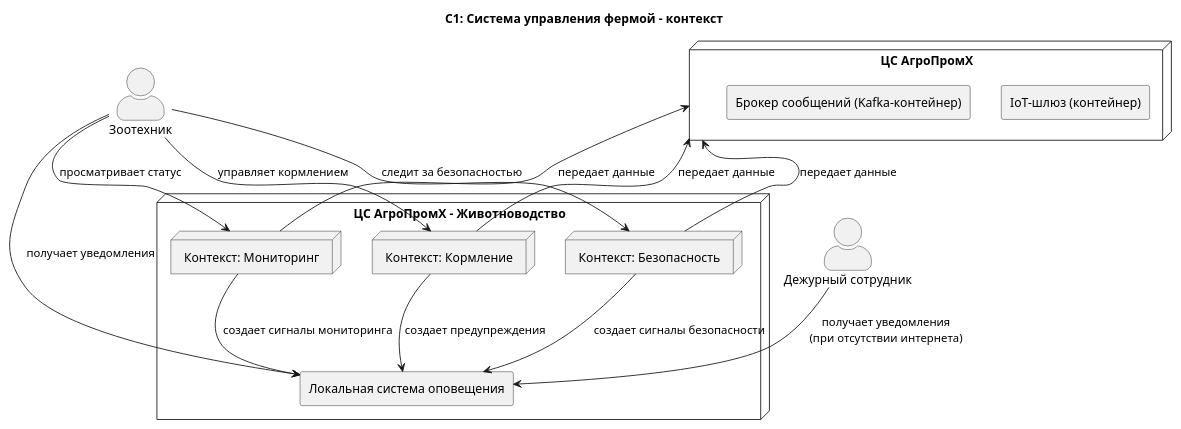
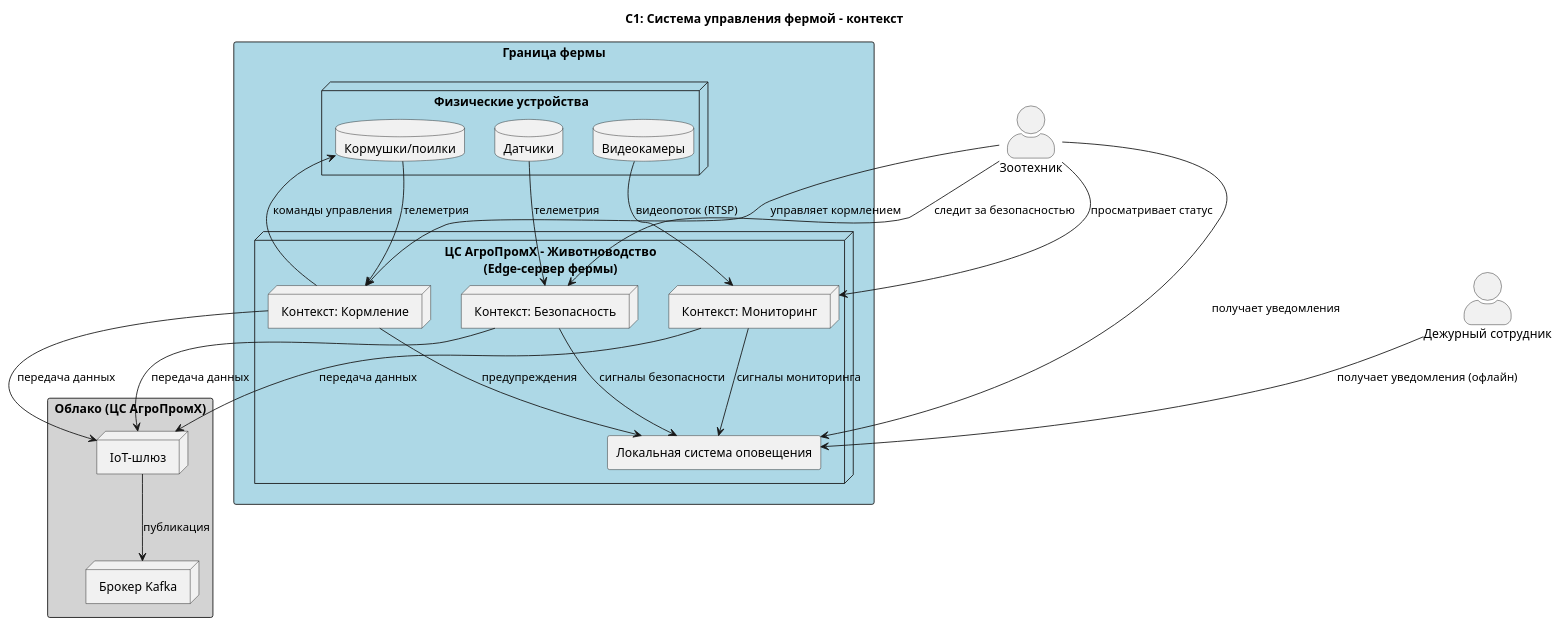
The first of 2 diagrams in Task1/adr.md (sdilman/MSA-AgroTech), drawn with PlantUML before and after one commit. The commit also changed other lines of this file, not shown here.

````diff
--- a/Task1/adr.md
+++ b/Task1/adr.md
@@ -33,39 +39,59 @@
 ```plantuml
 @startuml C1_Context
 skinparam shadowing false
 skinparam componentStyle rectangle
 skinparam actorStyle awesome
 title C1: Система управления фермой - контекст
 
 actor "Зоотехник" as Zootech
 actor "Дежурный сотрудник" as LocalOperator
 
-node "ЦС АгроПромХ" as AgroPromCS {
-  component "IoT-шлюз (контейнер)" as IoTGateway
-  component "Брокер сообщений (Kafka-контейнер)" as KafkaBroker
+rectangle "Облако (ЦС АгроПромХ)" #LightGray {
+  node "IoT-шлюз" as IoTGateway
+  node "Брокер Kafka" as KafkaBroker
 }
 
-node "ЦС АгроПромХ - Животноводство" as ArchMS {
-  node "Контекст: Кормление" as Feeding
-  node "Контекст: Безопасность" as Security
-  node "Контекст: Мониторинг" as Monitoring
-  component "Локальная система оповещения" as LocalAlerting
+rectangle "Граница фермы" #LightBlue {
+  
+  node "ЦС АгроПромХ - Животноводство\n(Edge-сервер фермы)" as ArchMS {
+    node "Контекст: Кормление" as Feeding
+    node "Контекст: Безопасность" as Security
+    node "Контекст: Мониторинг" as Monitoring
+    component "Локальная система оповещения" as LocalAlerting
+  }
+  
+  node "Физические устройства" as Devices {
+    database "Кормушки/поилки" as Feeders
+    database "Датчики" as Sensors
+    database "Видеокамеры" as Cameras
+  }
 }
 
+' Пользователи
 Zootech --> Feeding : управляет кормлением
 Zootech --> Security : следит за безопасностью
 Zootech --> Monitoring : просматривает статус
 Zootech --> LocalAlerting : получает уведомления
 
-LocalOperator --> LocalAlerting : получает уведомления\n(при отсутствии интернета)
+LocalOperator --> LocalAlerting : получает уведомления (офлайн)
 
-AgroPromCS <-- Feeding : передает данные
-AgroPromCS <-- Security : передает данные
-AgroPromCS <-- Monitoring : передает данные
+' Устройства на ферме
+Cameras --> Monitoring : видеопоток (RTSP)
+Sensors --> Security : телеметрия
+Feeders --> Feeding : телеметрия
+Feeding --> Feeders : команды управления
 
-Feeding --> LocalAlerting : создает предупреждения
-Security --> LocalAlerting : создает сигналы безопасности
-Monitoring --> LocalAlerting : создает сигналы мониторинга
+' Оповещение
+Feeding --> LocalAlerting : предупреждения
+Security --> LocalAlerting : сигналы безопасности
+Monitoring --> LocalAlerting : сигналы мониторинга
+
+' Синхронизация с облаком (задержка до 10 минут)
+Feeding --> IoTGateway : передача данных
+Security --> IoTGateway : передача данных
+Monitoring --> IoTGateway : передача данных
+
+IoTGateway --> KafkaBroker : публикация
 
 @enduml
 ```
````
